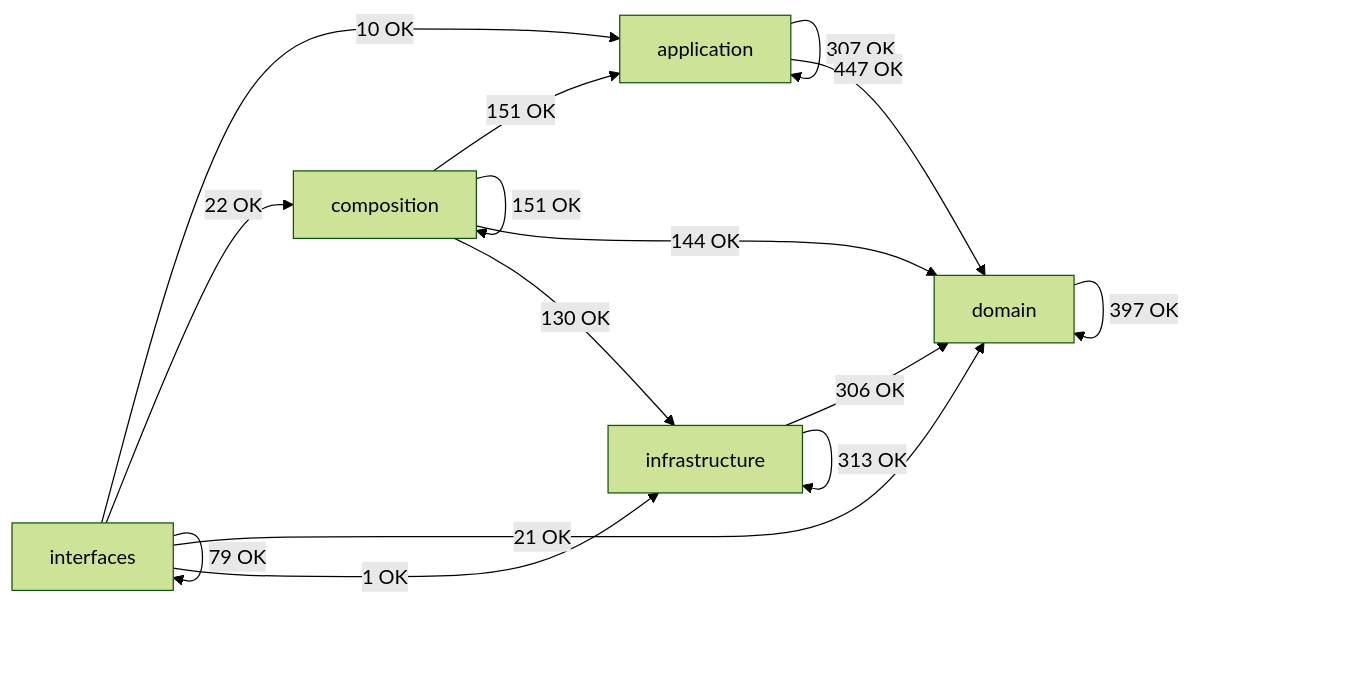
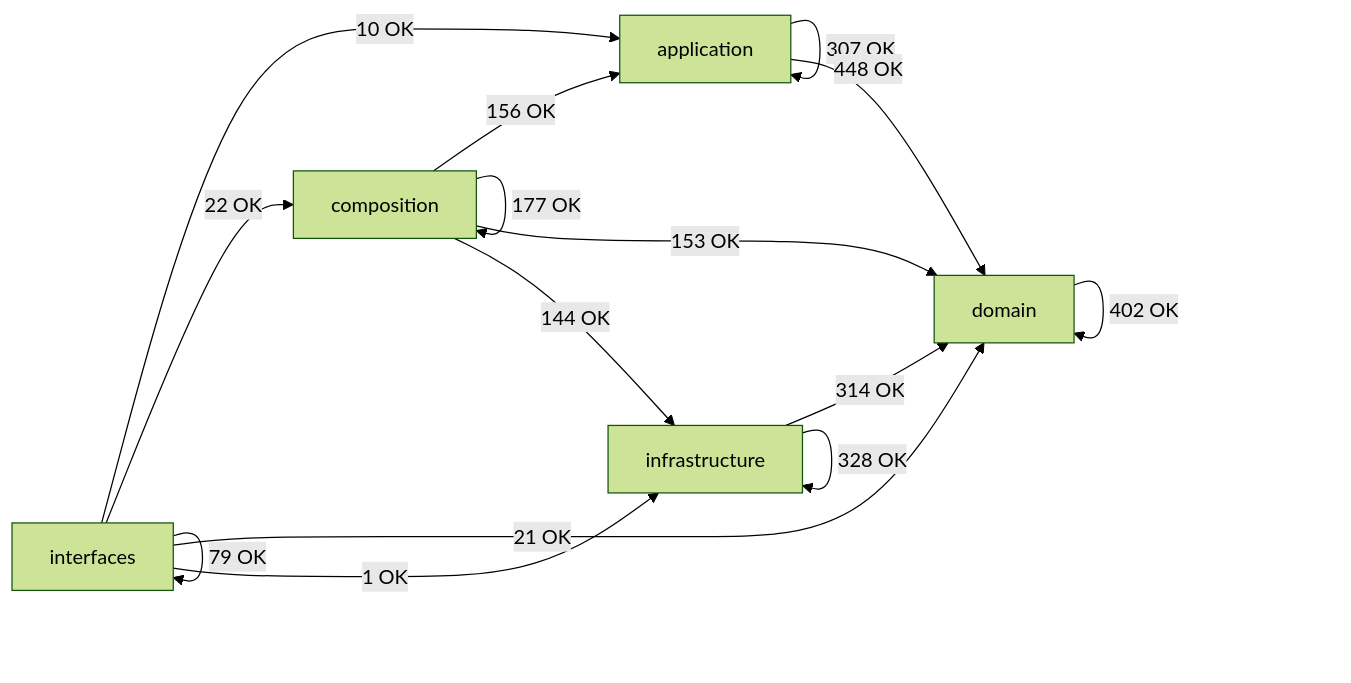
One commit to SatoryKono/BioactivityDataAcquisition changed the diagram in docs/02-architecture/generated/module-dependency-map.md. Above: the diagram before and after it, drawn with Mermaid (forest theme). The commit also changed other lines of this file and 107 other files, not shown here.

````diff
--- a/docs/02-architecture/generated/module-dependency-map.md
+++ b/docs/02-architecture/generated/module-dependency-map.md
@@ -15,22 +15,22 @@
 ```mermaid
 flowchart LR
     domain[domain]
     application[application]
     infrastructure[infrastructure]
     composition[composition]
     interfaces[interfaces]
     application -->|307 OK| application
-    application -->|447 OK| domain
-    composition -->|151 OK| application
-    composition -->|151 OK| composition
-    composition -->|144 OK| domain
-    composition -->|130 OK| infrastructure
-    domain -->|397 OK| domain
-    infrastructure -->|306 OK| domain
-    infrastructure -->|313 OK| infrastructure
+    application -->|448 OK| domain
+    composition -->|156 OK| application
+    composition -->|177 OK| composition
+    composition -->|153 OK| domain
+    composition -->|144 OK| infrastructure
+    domain -->|402 OK| domain
+    infrastructure -->|314 OK| domain
+    infrastructure -->|328 OK| infrastructure
     interfaces -->|10 OK| application
     interfaces -->|22 OK| composition
     interfaces -->|21 OK| domain
     interfaces -->|1 OK| infrastructure
     interfaces -->|79 OK| interfaces
 ```
````
